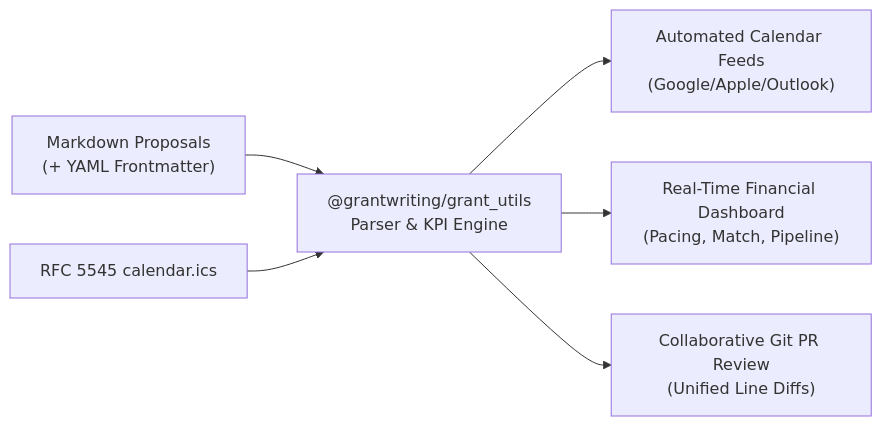
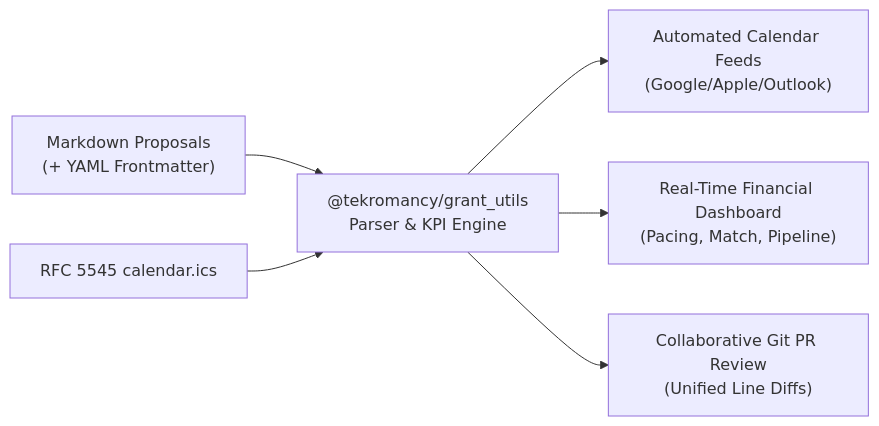
One commit to Tekromancy/grant_utils changed the diagram in README.md. Above: the diagram before and after it, drawn with Mermaid. The commit also changed other lines of this file and 13 other files, not shown here.

Commit message:
chore: rename package to @tekromancy/grant_utils and configure provenance in publish workflow

````diff
--- a/README.md
+++ b/README.md
@@ -85,8 +85,8 @@
 ```mermaid
 flowchart LR
-    A["Markdown Proposals\n(+ YAML Frontmatter)"] --> B["@grantwriting/grant_utils\nParser & KPI Engine"]
+    A["Markdown Proposals\n(+ YAML Frontmatter)"] --> B["@tekromancy/grant_utils\nParser & KPI Engine"]
     C["RFC 5545 calendar.ics"] --> B
     B --> D["Automated Calendar Feeds\n(Google/Apple/Outlook)"]
     B --> E["Real-Time Financial Dashboard\n(Pacing, Match, Pipeline)"]
     B --> F["Collaborative Git PR Review\n(Unified Line Diffs)"]
 ```
````
